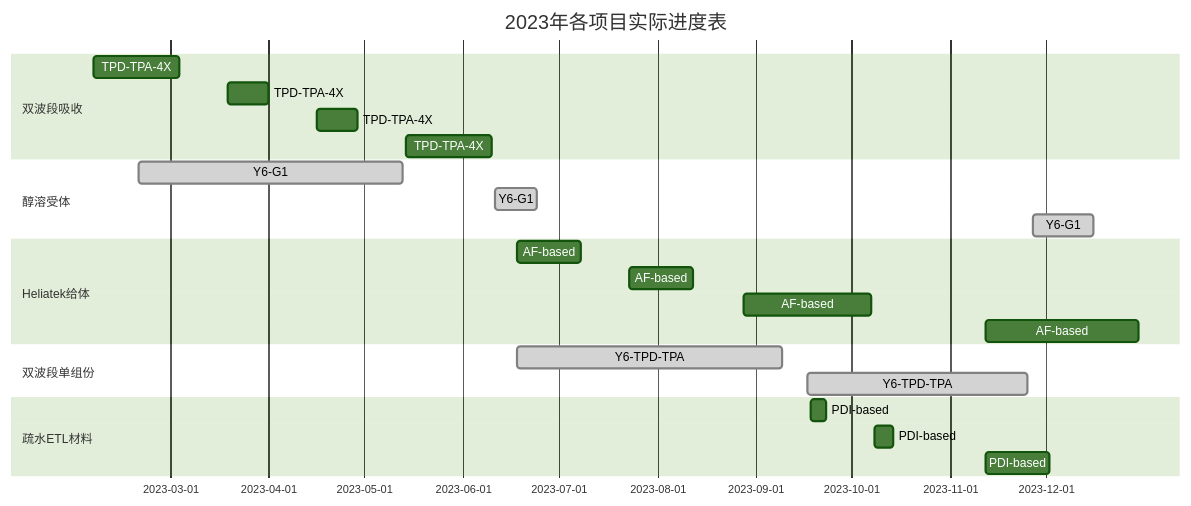
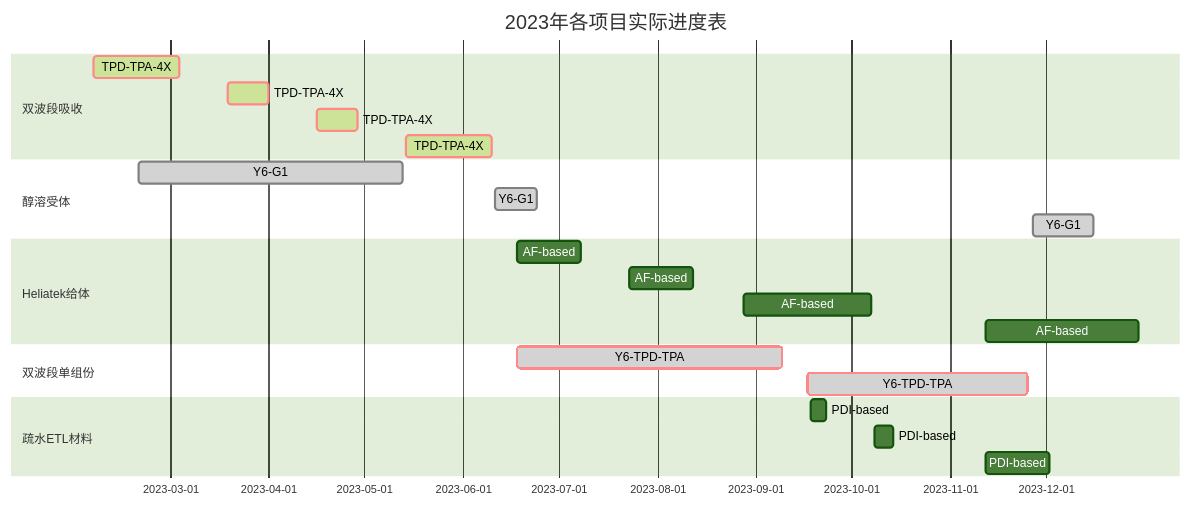
One commit to qiao-ze/qiao-ze.github.io changed the diagram in blog/category1/gantt_weekly.md. Above: the diagram before and after it, drawn with Mermaid (forest theme).

````diff
--- a/blog/category1/gantt_weekly.md
+++ b/blog/category1/gantt_weekly.md
@@ -17,31 +17,31 @@
 ```mermaid
  gantt
      dateFormat  YY-MM-DD
      title 2023年各项目实际进度表
      section 双波段吸收
-     TPD-TPA-4X            :    des1, 23-02-05,23-03-04
-     TPD-TPA-4X            :    des2, 23-03-19,23-04-01
-     TPD-TPA-4X            :    des3, 23-04-16,23-04-29
-     TPD-TPA-4X            :    des4, 23-05-14,23-06-10
+     TPD-TPA-4X            :crit, active,   des1, 23-02-05,23-03-04
+     TPD-TPA-4X            :crit, active,   des2, 23-03-19,23-04-01
+     TPD-TPA-4X            :crit, active,   des3, 23-04-16,23-04-29
+     TPD-TPA-4X            :crit, active,   des4, 23-05-14,23-06-10
 
      section 醇溶受体
      Y6-G1            :done,    des1, 23-02-19,23-05-13
      Y6-G1            :done,    des2, 23-06-11,23-06-24
      Y6-G1            :done,    des3, 23-11-27,23-12-16
 
      section Heliatek给体
      AF-based            :    des1, 23-06-18,23-07-08
      AF-based            :    des2, 23-07-23,23-08-12
      AF-based            :    des3, 23-08-28,23-10-07
      AF-based            :    des3, 23-11-12,23-12-30
   
      section 双波段单组份
-     Y6-TPD-TPA            :done,    des1, 23-06-18,23-09-09
-     Y6-TPD-TPA            :done,    des2, 23-09-17,23-11-25
+     Y6-TPD-TPA            :crit,done,    des1, 23-06-18,23-09-09
+     Y6-TPD-TPA            :crit,done,    des2, 23-09-17,23-11-25
    
      section 疏水ETL材料
      PDI-based            :    des1, 23-09-18,23-09-23
      PDI-based            :    des2, 23-10-08,23-10-14
      PDI-based            :    des3, 23-11-12,23-12-02 
      
 ```
````
